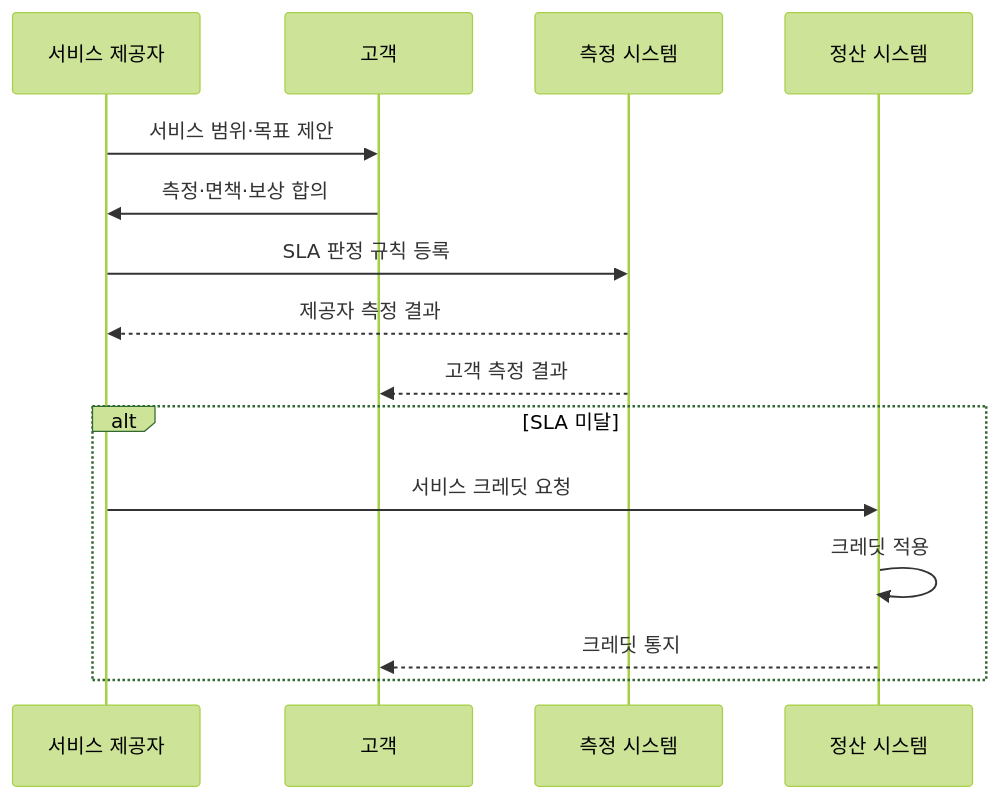
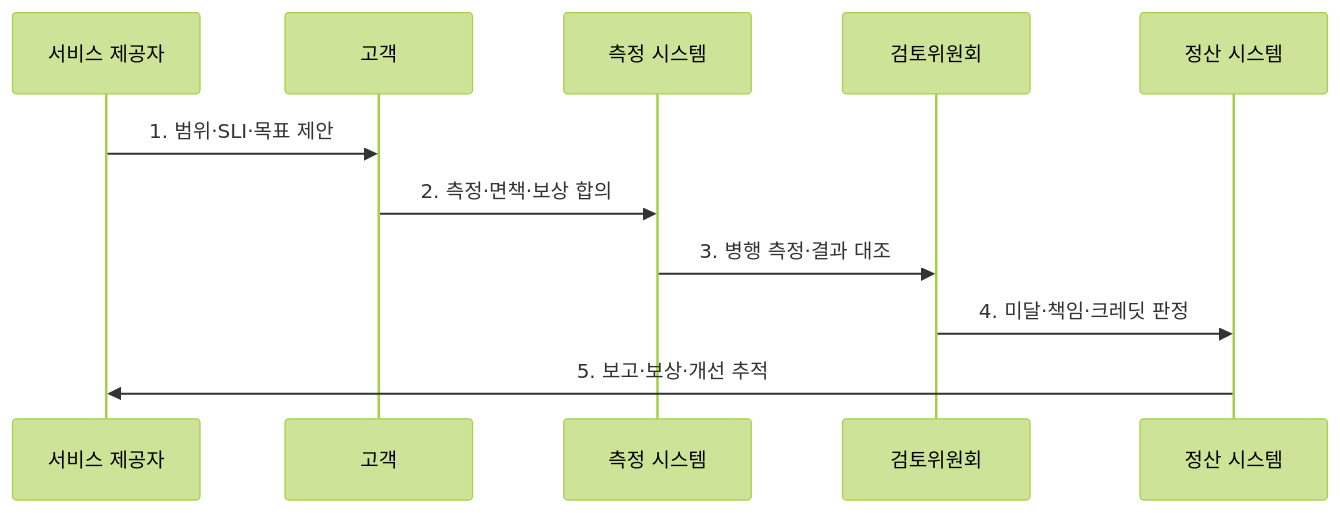
The second of 2 diagrams in src/content/docs/notes/06-evaluation/014_service_level_agreement.md (agnusdei1207/knowledge-base), drawn with Mermaid (forest theme) before and after one commit. The commit also changed other lines of this file and 6 other files, not shown here.

````diff
--- a/src/content/docs/notes/06-evaluation/014_service_level_agreement.md
+++ b/src/content/docs/notes/06-evaluation/014_service_level_agreement.md
@@ -75,17 +75,13 @@
 ```mermaid
 sequenceDiagram
-    participant P as 서비스 제공자
-    participant C as 고객
-    participant M as 측정 시스템
-    participant S as 정산 시스템
-    P->>C: 서비스 범위·목표 제안
-    C->>P: 측정·면책·보상 합의
-    P->>M: SLA 판정 규칙 등록
-    M-->>P: 제공자 측정 결과
-    M-->>C: 고객 측정 결과
-    alt SLA 미달
-        P->>S: 서비스 크레딧 요청
-        S->>S: 크레딧 적용
-        S-->>C: 크레딧 통지
-    end
+  participant P as 서비스 제공자
+  participant C as 고객
+  participant M as 측정 시스템
+  participant R as 검토위원회
+  participant S as 정산 시스템
+  P->>C: 1. 범위·SLI·목표 제안
+  C->>M: 2. 측정·면책·보상 합의
+  M->>R: 3. 병행 측정·결과 대조
+  R->>S: 4. 미달·책임·크레딧 판정
+  S->>P: 5. 보고·보상·개선 추적
 ```
````
